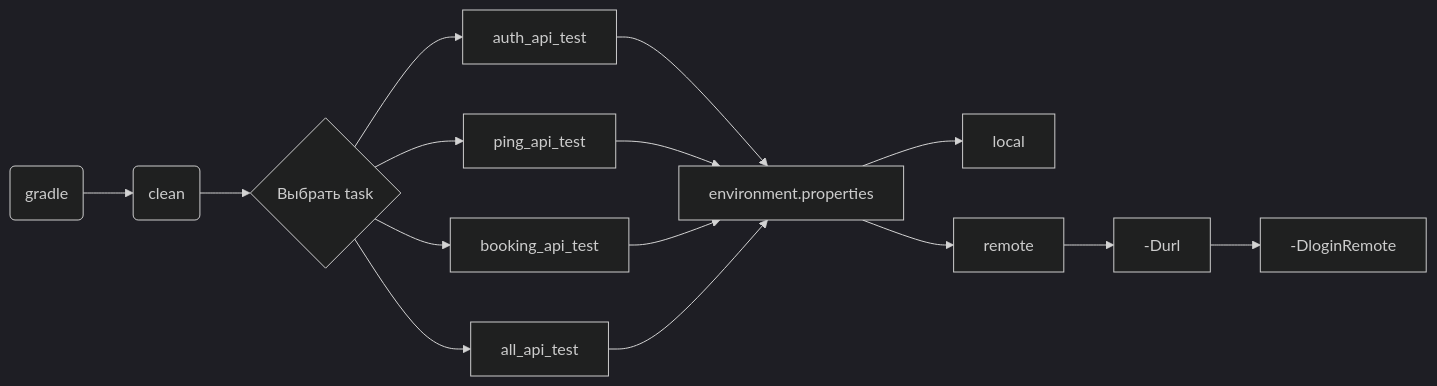
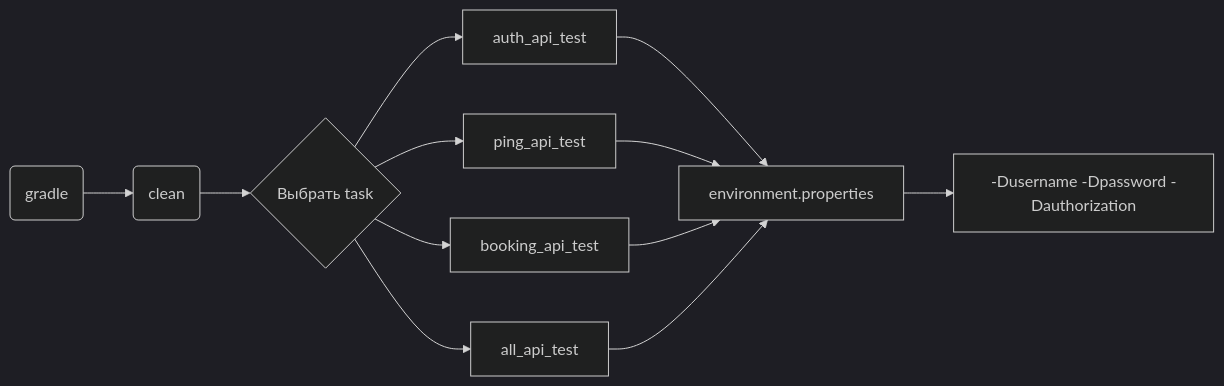
Before and after one commit to Kirbri/DiplomaAPIProject: the diagram in README.md, drawn with Mermaid (dark theme). The commit also changed other lines of this file, not shown here.

````diff
--- a/README.md
+++ b/README.md
@@ -109,17 +109,15 @@
 ```mermaid 
 flowchart LR
     A(gradle) --> B(clean)
     B --> C{Выбрать task}
     C --> D[auth_api_test]
     C --> E[ping_api_test]
     C --> F[booking_api_test]
     C --> G[all_api_test]
     D --> H[environment.properties]
     E --> H[environment.properties]
     F --> H[environment.properties]
     G --> H[environment.properties]
-    H --> I[local]
-    H --> J[remote]
-    J --> K[-Durl]
-    K --> L[-DloginRemote]
+    H --> I[-Dusername -Dpassword -Dauthorization]
+
 ```
````
